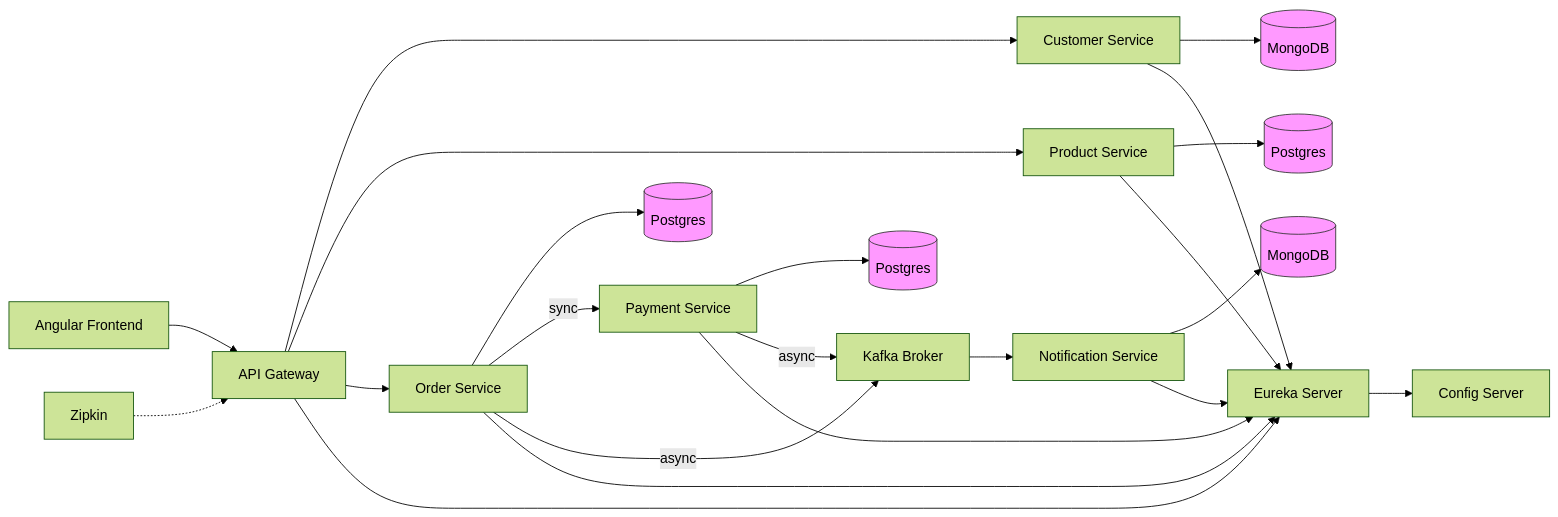
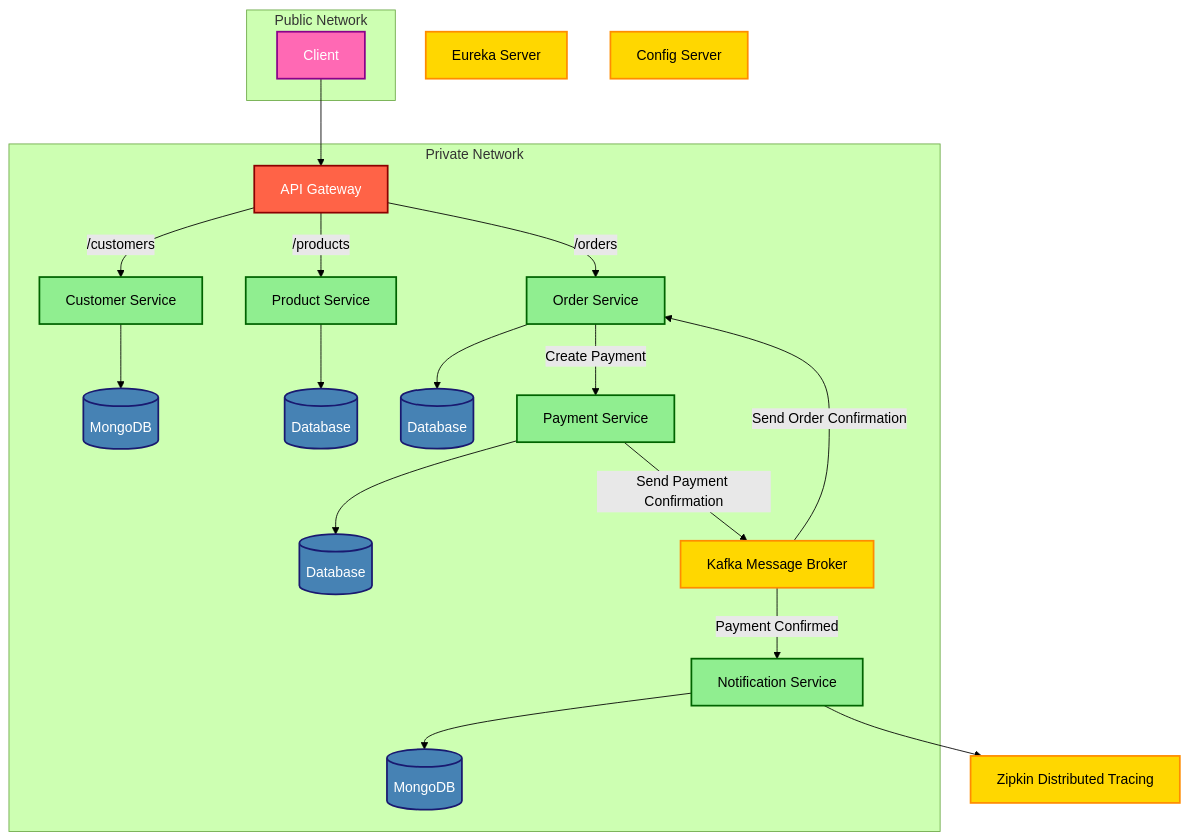
The diagram in README.md (AshifurNahid/Ecommerce-Microservice), drawn with Mermaid (forest theme) before and after one commit.

````diff
--- a/README.md
+++ b/README.md
@@ -24,68 +24,68 @@
 ```mermaid
-flowchart LR
-    %% Public
-    ANGULAR[Angular Frontend]
-    GW[API Gateway]
-
-    %% Services
-    CUSTOMER[Customer Service]
-    PRODUCT[Product Service]
-    ORDER[Order Service]
-    PAYMENT[Payment Service]
-    NOTIFICATION[Notification Service]
-    KAFKA[Kafka Broker]
-    ZIPKIN[Zipkin]
-    EUREKA[Eureka Server]
-    CONFIG[Config Server]
-
-    %% Databases
-    MONGO_CUST[(MongoDB)]
-    MONGO_NOTI[(MongoDB)]
-    PSQL_PROD[(Postgres)]
-    PSQL_ORD[(Postgres)]
-    PSQL_PAY[(Postgres)]
-
-    %% Public to gateway
-    ANGULAR --> GW
-
-    %% Gateway routes
-    GW --> CUSTOMER
-    GW --> PRODUCT
-    GW --> ORDER
-
-    %% Customer
-    CUSTOMER --> MONGO_CUST
-
-    %% Product
-    PRODUCT --> PSQL_PROD
-
-    %% Order
-    ORDER --> PSQL_ORD
-    ORDER -->|sync| PAYMENT
-    ORDER -->|async| KAFKA
-
-    %% Payment
-    PAYMENT --> PSQL_PAY
-    PAYMENT -->|async| KAFKA
-
-    %% Kafka events
-    KAFKA --> NOTIFICATION
-    NOTIFICATION --> MONGO_NOTI
-
-    %% Discovery & config
-    EUREKA --> CONFIG
-    GW --> EUREKA
-    CUSTOMER --> EUREKA
-    PRODUCT --> EUREKA
-    ORDER --> EUREKA
-    PAYMENT --> EUREKA
-    NOTIFICATION --> EUREKA
-
-    %% Distributed tracing
-    ZIPKIN -.-> GW
-
+flowchart TD
+    %% External Client
+    Client[Client] --> Gateway[API Gateway]
+    
+    %% Private Network Services
+    Gateway -->|/customers| Customer[Customer Service]
+    Gateway -->|/products| Product[Product Service] 
+    Gateway -->|/orders| Order[Order Service]
+    
+    %% Databases for each service
+    Customer --> CustomerDB[(MongoDB)]
+    Product --> ProductDB[(Database)]
+    Order --> OrderDB[(Database)]
+    
+    %% Payment flow
+    Order -->|Create Payment| Payment[Payment Service]
+    Payment --> PaymentDB[(Database)]
+    
+    %% Async messaging through Kafka
+    Payment -->|Send Payment Confirmation| Kafka[Kafka Message Broker]
+    Kafka -->|Payment Confirmed| Notification[Notification Service]
+    Kafka -->|Send Order Confirmation| Order
+    
+    %% Notification database
+    Notification --> NotificationDB[(MongoDB)]
+    
+    %% External tracing
+    Notification --> Zipkin[Zipkin Distributed Tracing]
+    
+    %% Infrastructure services (bottom)
+    Eureka[Eureka Server]
+    Config[Config Server]
+    
+    %% Network boundaries
+    subgraph "Public Network"
+        Client
+    end
+    
+    subgraph "Private Network"
+        Gateway
+        Customer
+        Product
+        Order
+        Payment
+        Notification
+        CustomerDB
+        ProductDB
+        OrderDB
+        PaymentDB
+        NotificationDB
+        Kafka
+    end
+    
     %% Styling
-    classDef db fill:#f9f,stroke:#333,stroke-width:1px;
-    class MONGO_CUST,MONGO_NOTI,PSQL_PROD,PSQL_ORD,PSQL_PAY db;
+    classDef service fill:#90EE90,stroke:#006400,stroke-width:2px,color:#000
+    classDef database fill:#4682B4,stroke:#191970,stroke-width:2px,color:#fff
+    classDef infra fill:#FFD700,stroke:#FF8C00,stroke-width:2px,color:#000
+    classDef gateway fill:#FF6347,stroke:#8B0000,stroke-width:2px,color:#fff
+    classDef client fill:#FF69B4,stroke:#8B008B,stroke-width:2px,color:#fff
+    
+    class Customer,Product,Order,Payment,Notification service
+    class CustomerDB,ProductDB,OrderDB,PaymentDB,NotificationDB database
+    class Eureka,Config,Zipkin,Kafka infra
+    class Gateway gateway
+    class Client client
 
 ```
````
